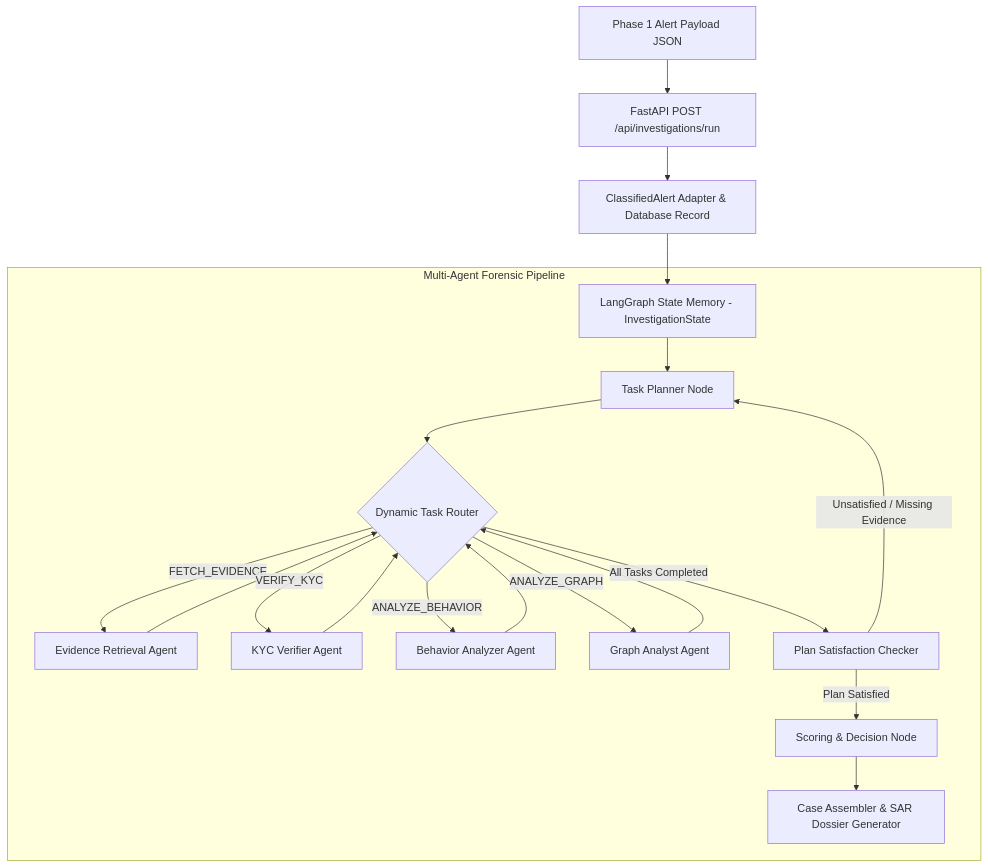
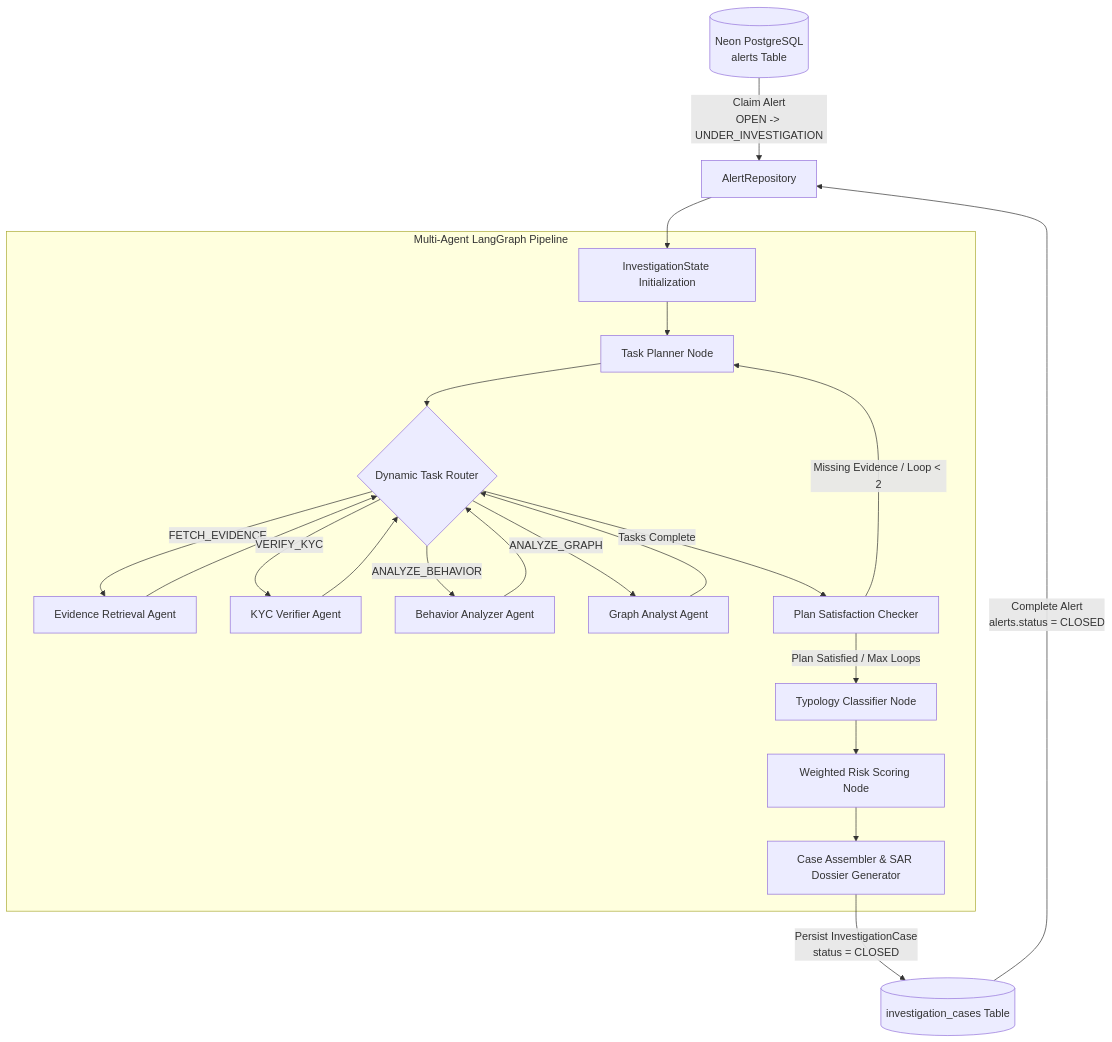
Before and after one commit to Siddarth-cmd/Fin-Spectra: the diagram in README.md, drawn with Mermaid. The commit also changed other lines of this file, not shown here.

````diff
--- a/README.md
+++ b/README.md
@@ -30,26 +32,30 @@
 ```mermaid
 flowchart TD
-    Phase1[Phase 1 Alert Payload JSON] --> Bridge[FastAPI POST /api/investigations/run]
-    Bridge --> Adapter[ClassifiedAlert Adapter & Database Record]
-    Adapter --> LangGraph[LangGraph State Memory - InvestigationState]
+    DB[(Neon PostgreSQL\nalerts Table)] -->|Claim Alert\nOPEN -> UNDER_INVESTIGATION| Repo[AlertRepository]
+    Repo --> State[InvestigationState Initialization]
 
-    subgraph Multi-Agent Forensic Pipeline
-        LangGraph --> TaskPlanner[Task Planner Node]
-        TaskPlanner --> Router{Dynamic Task Router}
+    subgraph Multi-Agent LangGraph Pipeline
+        State --> TaskPlanner[Task Planner Node]
+        TaskPlanner --> TaskRouter{Dynamic Task Router}
 
-        Router -->|FETCH_EVIDENCE| EvidenceRetrieval[Evidence Retrieval Agent]
-        Router -->|VERIFY_KYC| KYCVerifier[KYC Verifier Agent]
-        Router -->|ANALYZE_BEHAVIOR| BehaviorAnalyzer[Behavior Analyzer Agent]
-        Router -->|ANALYZE_GRAPH| GraphAnalyst[Graph Analyst Agent]
+        TaskRouter -->|FETCH_EVIDENCE| EvidenceAgent[Evidence Retrieval Agent]
+        TaskRouter -->|VERIFY_KYC| KYCAgent[KYC Verifier Agent]
+        TaskRouter -->|ANALYZE_BEHAVIOR| BehaviorAgent[Behavior Analyzer Agent]
+        TaskRouter -->|ANALYZE_GRAPH| GraphAgent[Graph Analyst Agent]
 
-        EvidenceRetrieval --> Router
-        KYCVerifier --> Router
-        BehaviorAnalyzer --> Router
-        GraphAnalyst --> Router
+        EvidenceAgent --> TaskRouter
+        KYCAgent --> TaskRouter
+        BehaviorAgent --> TaskRouter
+        GraphAgent --> TaskRouter
 
-        Router -->|All Tasks Completed| PlanChecker[Plan Satisfaction Checker]
-        PlanChecker -->|Unsatisfied / Missing Evidence| TaskPlanner
-        PlanChecker -->|Plan Satisfied| Scoring[Scoring & Decision Node]
-        Scoring --> CaseAssembler[Case Assembler & SAR Dossier Generator]
+        TaskRouter -->|Tasks Complete| PlanChecker[Plan Satisfaction Checker]
+        PlanChecker -->|Missing Evidence / Loop < 2| TaskPlanner
+        PlanChecker -->|Plan Satisfied / Max Loops| TypologyNode[Typology Classifier Node]
+
+        TypologyNode --> ScoringNode[Weighted Risk Scoring Node]
+        ScoringNode --> CaseAssembler[Case Assembler & SAR Dossier Generator]
     end
+
+    CaseAssembler -->|Persist InvestigationCase\nstatus = CLOSED| CaseDB[(investigation_cases Table)]
+    CaseDB -->|Complete Alert\nalerts.status = CLOSED| Repo
 ```
````
